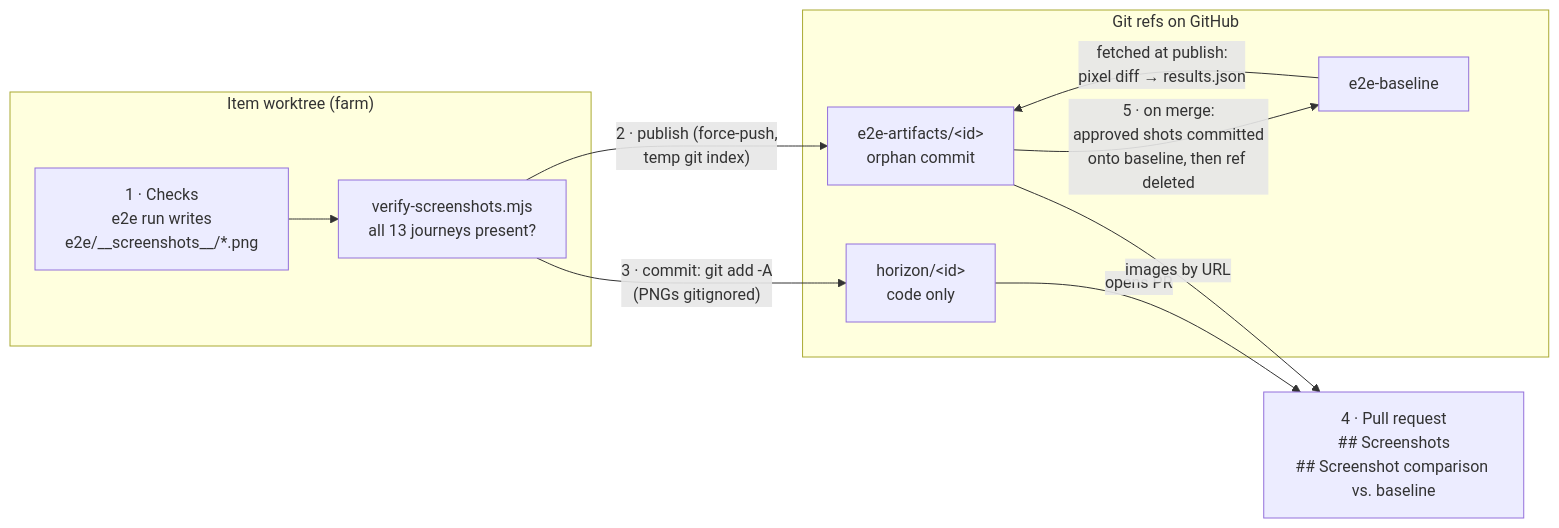
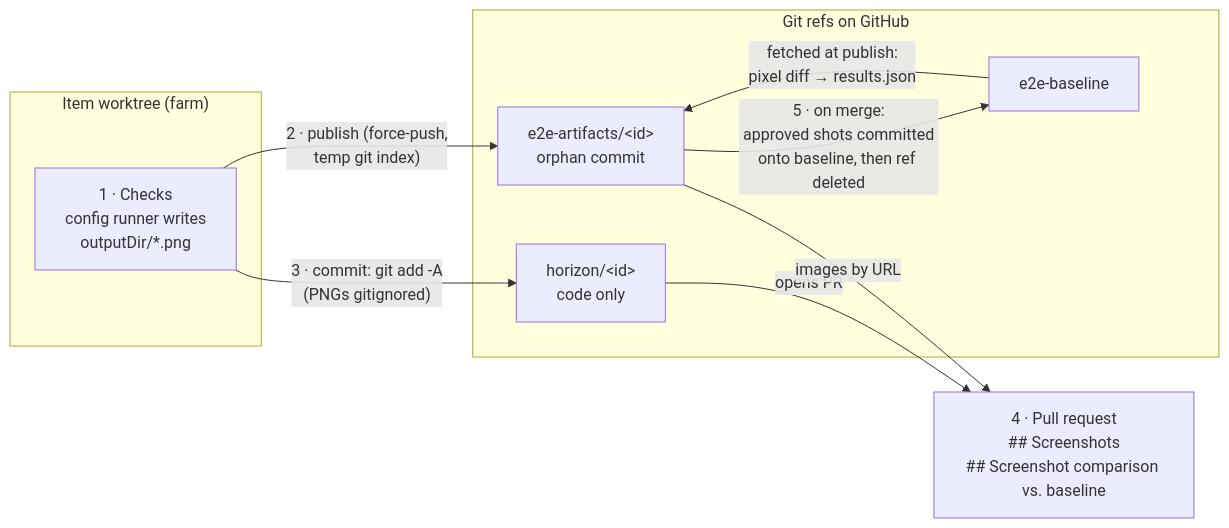
Before and after one commit to FinTekkers/horizon: the first of 2 diagrams in docs/e2e-screenshots.md, drawn with Mermaid. The commit also changed other lines of this file and 60 other files, not shown here.

````diff
--- a/docs/e2e-screenshots.md
+++ b/docs/e2e-screenshots.md
@@ -27,21 +28,19 @@
 ```mermaid
 flowchart LR
     subgraph WT["Item worktree (farm)"]
-        A["1 · Checks<br/>e2e run writes<br/>e2e/__screenshots__/*.png"]
-        V["verify-screenshots.mjs<br/>all 13 journeys present?"]
+        A["1 · Checks<br/>config runner writes<br/>outputDir/*.png"]
     end
     subgraph REFS["Git refs on GitHub"]
         ART["e2e-artifacts/&lt;id&gt;<br/>orphan commit"]
         CODE["horizon/&lt;id&gt;<br/>code only"]
         BASE["e2e-baseline"]
     end
     PR["4 · Pull request<br/>## Screenshots<br/>## Screenshot comparison vs. baseline"]
 
-    A --> V
-    V -- "2 · publish (force-push,<br/>temp git index)" --> ART
-    V -- "3 · commit: git add -A<br/>(PNGs gitignored)" --> CODE
+    A -- "2 · publish (force-push,<br/>temp git index)" --> ART
+    A -- "3 · commit: git add -A<br/>(PNGs gitignored)" --> CODE
     CODE -- "opens PR" --> PR
     ART -- "images by URL" --> PR
     BASE -- "fetched at publish:<br/>pixel diff → results.json" --> ART
     ART -- "5 · on merge:<br/>approved shots committed<br/>onto baseline, then ref deleted" --> BASE
 ```
````
